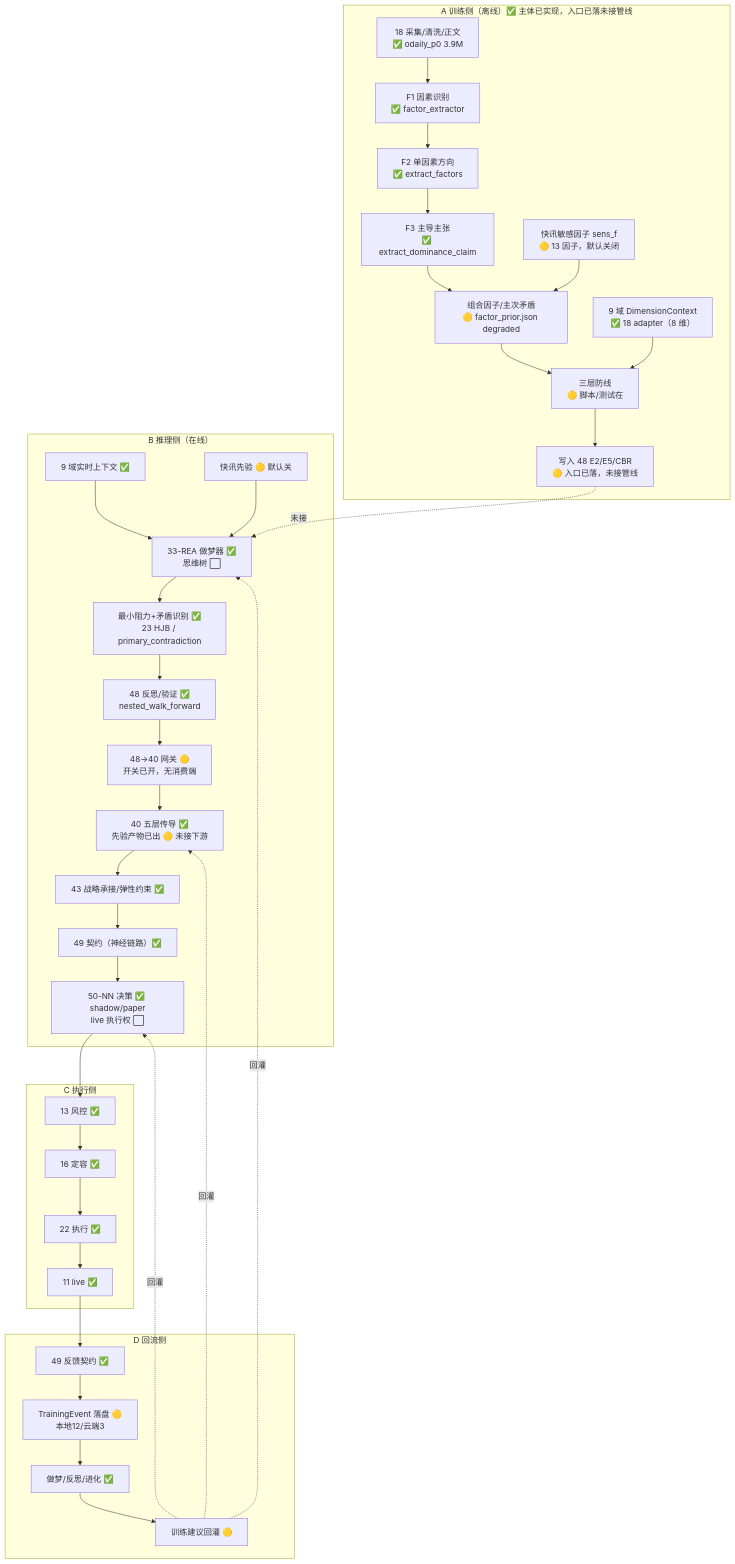
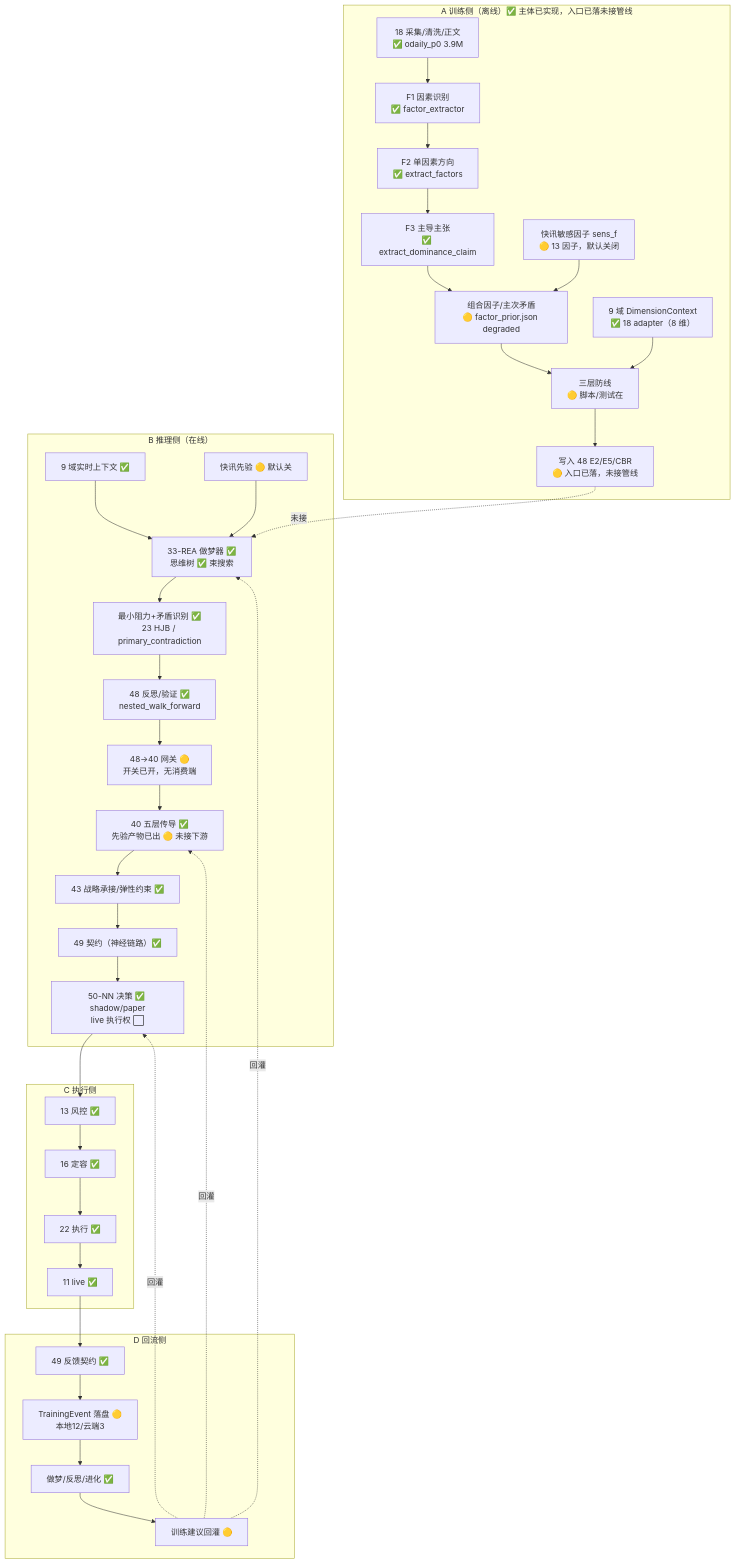
Before and after one commit to yunya1991/Dreambuddy-V2: the diagram in 48-涌现架构/docs/tech/SPEC-EMERGENCE-FULL-CHAIN-v1.0.md, drawn with Mermaid. The commit also changed other lines of this file and 3 other files, not shown here.

````diff
--- a/48-涌现架构/docs/tech/SPEC-EMERGENCE-FULL-CHAIN-v1.0.md
+++ b/48-涌现架构/docs/tech/SPEC-EMERGENCE-FULL-CHAIN-v1.0.md
@@ -26,54 +26,54 @@
 ```mermaid
 flowchart TB
   subgraph TRAIN["A 训练侧（离线）✅ 主体已实现，入口已落未接管线"]
     A1["18 采集/清洗/正文<br/>✅ odaily_p0 3.9M"]
     A2["F1 因素识别<br/>✅ factor_extractor"]
     A3["F2 单因素方向<br/>✅ extract_factors"]
     A4["F3 主导主张<br/>✅ extract_dominance_claim"]
     A5["组合因子/主次矛盾<br/>🟡 factor_prior.json degraded"]
     A6["9 域 DimensionContext<br/>✅ 18 adapter（8 维）"]
     A7["快讯敏感因子 sens_f<br/>🟡 13 因子，默认关闭"]
     A8["三层防线<br/>🟡 脚本/测试在"]
     A9["写入 48 E2/E5/CBR<br/>🟡 入口已落，未接管线"]
 
     A1 --> A2 --> A3 --> A4 --> A5
     A6 --> A8
     A7 --> A5 --> A8 --> A9
   end
 
   subgraph INFER["B 推理侧（在线）"]
     B1["9 域实时上下文 ✅"]
     B2["快讯先验 🟡 默认关"]
-    B3["33-REA 做梦器 ✅<br/>思维树 ⬜"]
+    B3["33-REA 做梦器 ✅<br/>思维树 ✅ 束搜索"]
     B4["最小阻力+矛盾识别 ✅<br/>23 HJB / primary_contradiction"]
     B5["48 反思/验证 ✅<br/>nested_walk_forward"]
     B6["48→40 网关 🟡<br/>开关已开，无消费端"]
     B7["40 五层传导 ✅<br/>先验产物已出 🟡 未接下游"]
     B8["43 战略承接/弹性约束 ✅"]
     B9["49 契约（神经链路）✅"]
     B10["50-NN 决策 ✅ shadow/paper<br/>live 执行权 ⬜"]
 
     B1 --> B3
     B2 --> B3
     B3 --> B4 --> B5 --> B6 --> B7 --> B8 --> B9 --> B10
   end
 
   subgraph EXEC["C 执行侧"]
     C1["13 风控 ✅"] --> C2["16 定容 ✅"] --> C3["22 执行 ✅"] --> C4["11 live ✅"]
   end
 
   subgraph BACK["D 回流侧"]
     D1["49 反馈契约 ✅"]
     D2["TrainingEvent 落盘 🟡<br/>本地12/云端3"]
     D3["做梦/反思/进化 ✅"]
     D4["训练建议回灌 🟡"]
     D1 --> D2 --> D3 --> D4
   end
 
   A9 -.未接.-> B3
   B10 --> C1
   C4 --> D1
   D4 -.回灌.-> B3
   D4 -.回灌.-> B7
   D4 -.回灌.-> B10
 ```
````
